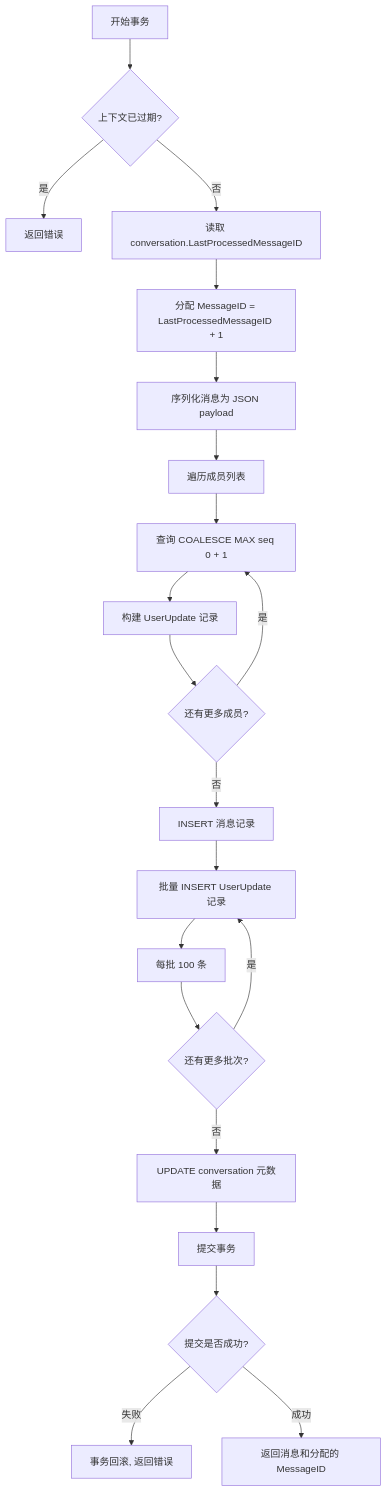
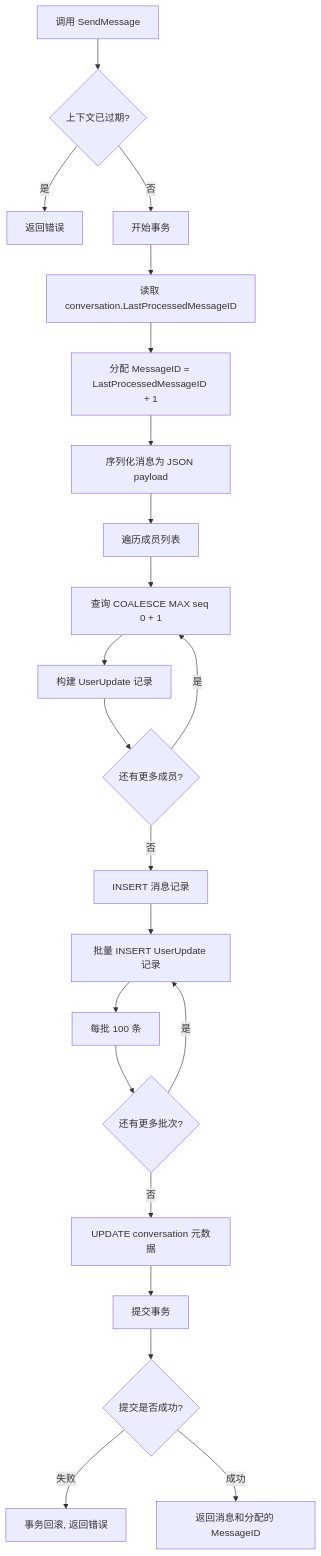
The seventh of 8 diagrams in wiki/flows/message.md (PineappleBond/xyncra-server), drawn with Mermaid before and after one commit. The commit also changed other lines of this file and 21 other files, not shown here.

Commit message:
docs(wiki): add edge cases and fix inaccuracies across all flow documents

````diff
--- a/wiki/flows/message.md
+++ b/wiki/flows/message.md
@@ -397,23 +397,24 @@
 ```mermaid
 flowchart TD
-    A[开始事务] --> A1{上下文已过期?}
+    A[调用 SendMessage] --> A1{上下文已过期?}
     A1 -->|是| A2[返回错误]
-    A1 -->|否| B[读取 conversation.LastProcessedMessageID]
+    A1 -->|否| A3[开始事务]
+    A3 --> B[读取 conversation.LastProcessedMessageID]
     B --> C[分配 MessageID = LastProcessedMessageID + 1]
     C --> D[序列化消息为 JSON payload]
     D --> E[遍历成员列表]
     E --> F[查询 COALESCE MAX seq 0 + 1]
     F --> G[构建 UserUpdate 记录]
     G --> H{还有更多成员?}
     H -->|是| F
     H -->|否| I[INSERT 消息记录]
     I --> J[批量 INSERT UserUpdate 记录]
     J --> K[每批 100 条]
     K --> L{还有更多批次?}
     L -->|是| J
     L -->|否| M[UPDATE conversation 元数据]
     M --> N[提交事务]
     N --> O{提交是否成功?}
     O -->|失败| P[事务回滚, 返回错误]
     O -->|成功| Q[返回消息和分配的 MessageID]
 ```
````
